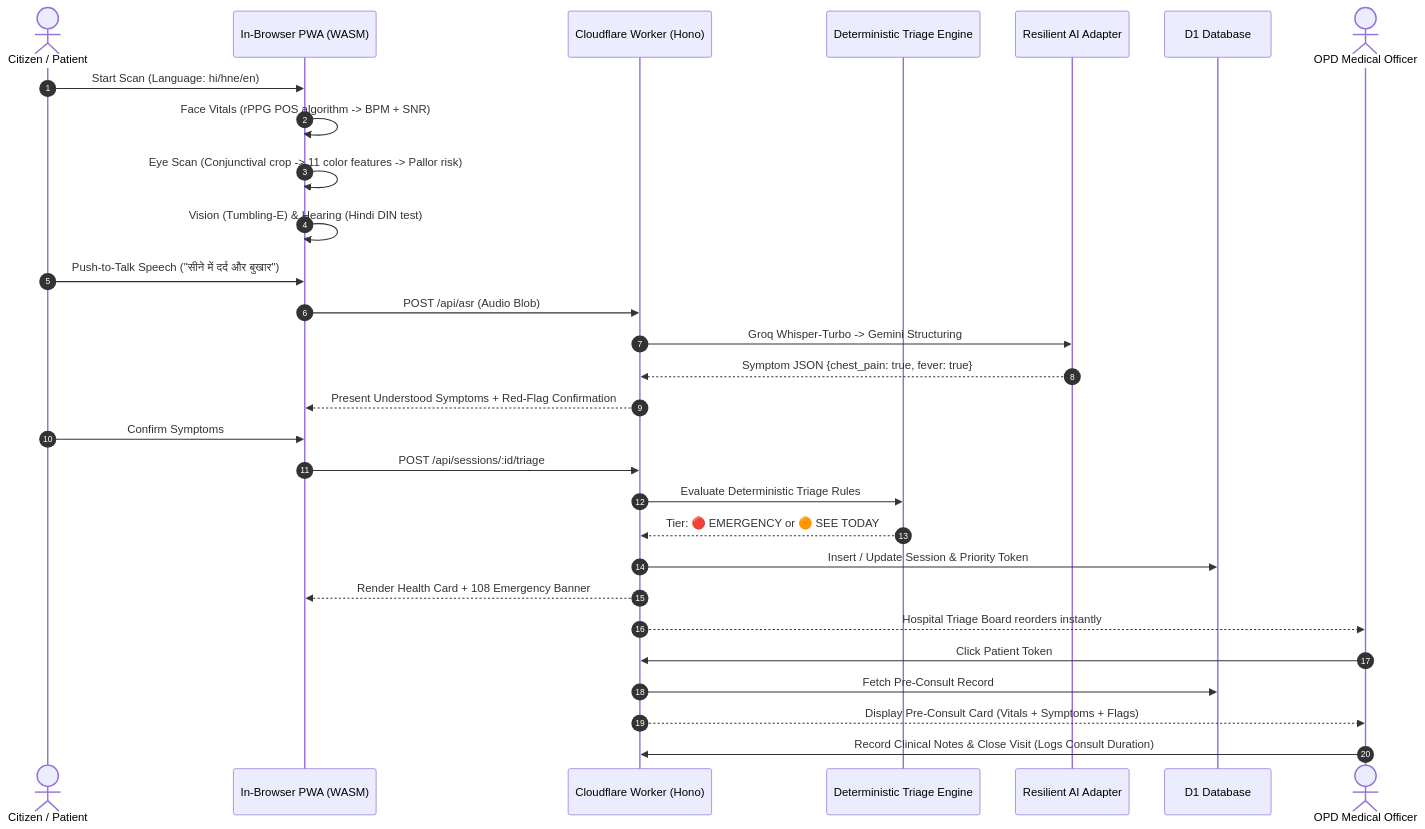
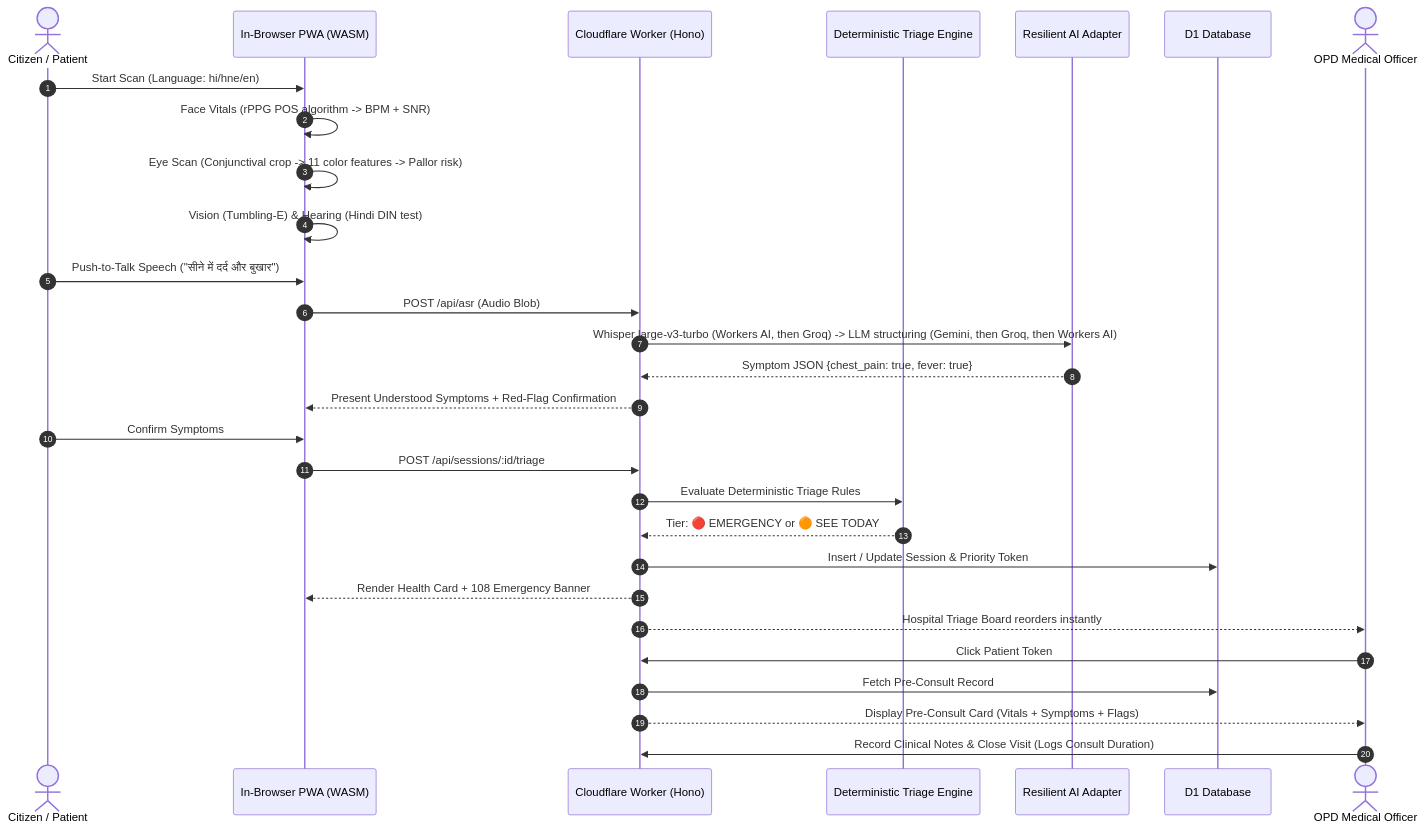
One commit to ewwhardik/niktan changed the second of 2 diagrams in docs/architecture.md. Above: the diagram before and after it, drawn with Mermaid. The commit also changed other lines of this file and 3 other files, not shown here.

First line of the commit message:
Docs: match AI provider order and cost figure to the code

````diff
--- a/docs/architecture.md
+++ b/docs/architecture.md
@@ -81,32 +83,32 @@
 ```mermaid
 sequenceDiagram
     autonumber
     actor Citizen as Citizen / Patient
     participant PWA as In-Browser PWA (WASM)
     participant API as Cloudflare Worker (Hono)
     participant Core as Deterministic Triage Engine
     participant AI as Resilient AI Adapter
     participant D1 as D1 Database
     actor Doctor as OPD Medical Officer
 
     Citizen->>PWA: Start Scan (Language: hi/hne/en)
     PWA->>PWA: Face Vitals (rPPG POS algorithm -> BPM + SNR)
     PWA->>PWA: Eye Scan (Conjunctival crop -> 11 color features -> Pallor risk)
     PWA->>PWA: Vision (Tumbling-E) & Hearing (Hindi DIN test)
     Citizen->>PWA: Push-to-Talk Speech ("सीने में दर्द और बुखार")
     PWA->>API: POST /api/asr (Audio Blob)
-    API->>AI: Groq Whisper-Turbo -> Gemini Structuring
+    API->>AI: Whisper large-v3-turbo (Workers AI, then Groq) -> LLM structuring (Gemini, then Groq, then Workers AI)
     AI-->>API: Symptom JSON {chest_pain: true, fever: true}
     API-->>PWA: Present Understood Symptoms + Red-Flag Confirmation
     Citizen->>PWA: Confirm Symptoms
     PWA->>API: POST /api/sessions/:id/triage
     API->>Core: Evaluate Deterministic Triage Rules
     Core-->>API: Tier: 🔴 EMERGENCY or 🟠 SEE TODAY
     API->>D1: Insert / Update Session & Priority Token
     API-->>PWA: Render Health Card + 108 Emergency Banner
     API-->>Doctor: Hospital Triage Board reorders instantly
     Doctor->>API: Click Patient Token
     API->>D1: Fetch Pre-Consult Record
     API-->>Doctor: Display Pre-Consult Card (Vitals + Symptoms + Flags)
     Doctor->>API: Record Clinical Notes & Close Visit (Logs Consult Duration)
 ```
````
